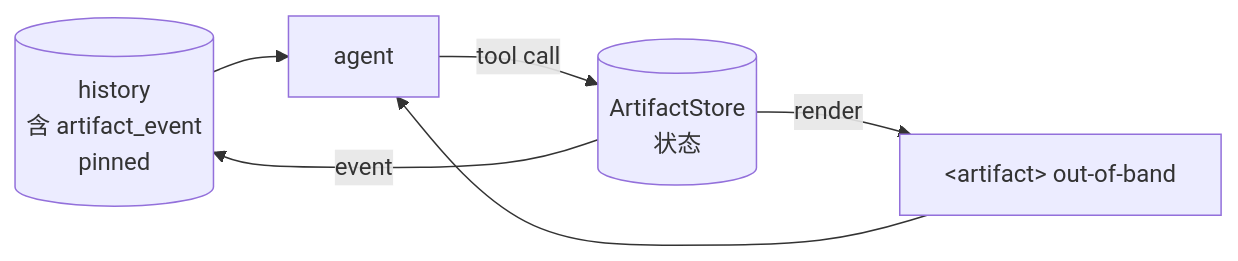
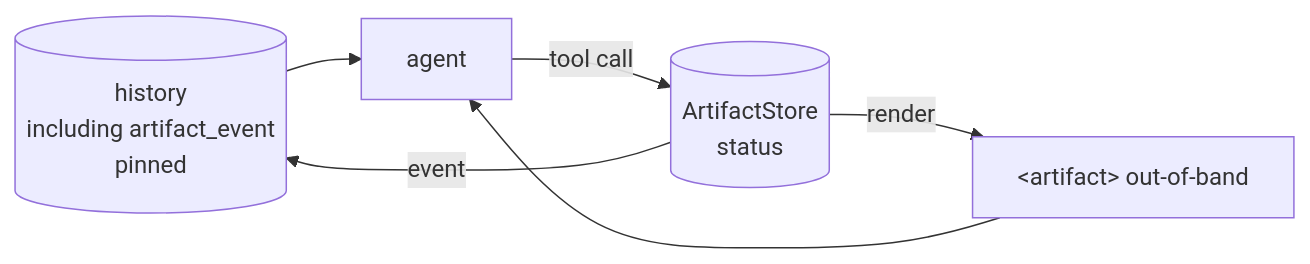
One commit to AndyUneducated/alchemy changed the sixth of 13 diagrams in play/agent_engine/JOURNAL.md. Above: the diagram before and after it, drawn with Mermaid. The commit also changed other lines of this file and 197 other files, not shown here.

````diff
--- a/play/agent_engine/JOURNAL.md
+++ b/play/agent_engine/JOURNAL.md
@@ -214,9 +212,9 @@
 ```mermaid
 flowchart LR
-    H[(history<br/>含 artifact_event<br/>pinned)]
-    S[(ArtifactStore<br/>状态)]
-    A[agent] -->|tool call| S
-    S -->|event| H
-    S -->|render| OOB[&lt;artifact&gt; out-of-band]
-    H & OOB --> A
+H[(history<br/>including artifact_event<br/>pinned)]
+S[(ArtifactStore<br/>status)]
+A[agent] -->|tool call| S
+S -->|event| H
+S -->|render| OOB[&lt;artifact&gt; out-of-band]
+H & OOB --> A
 ```
````
